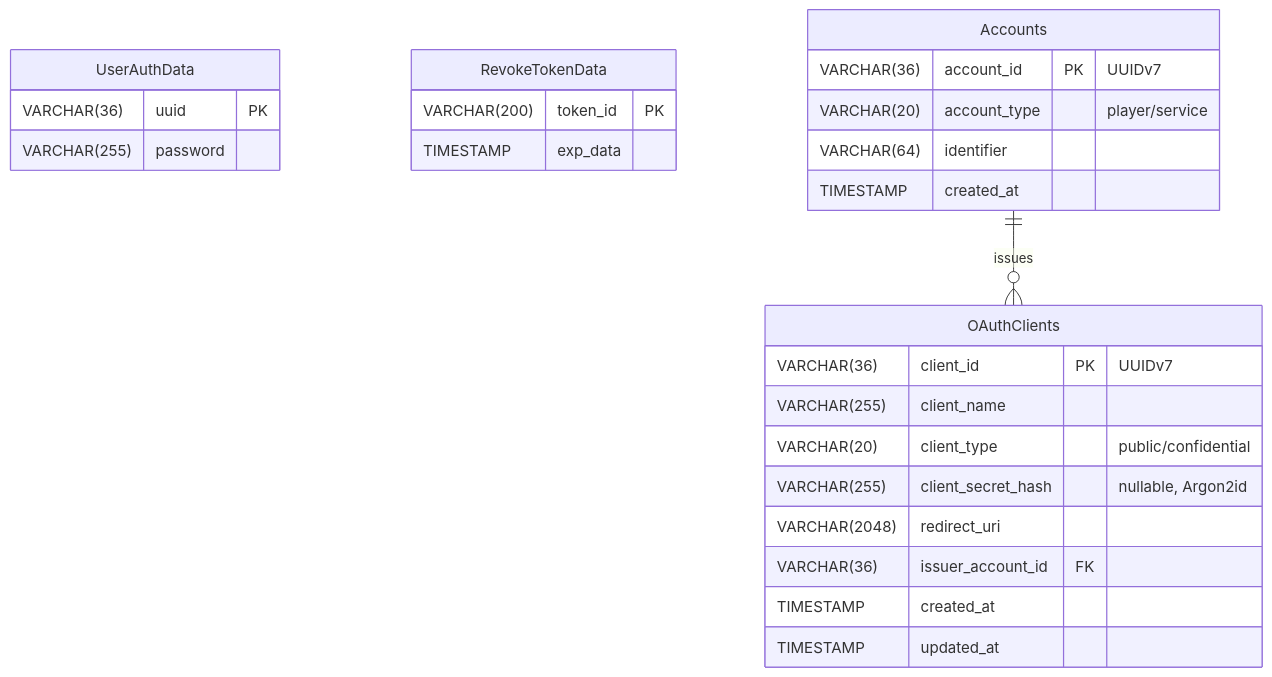
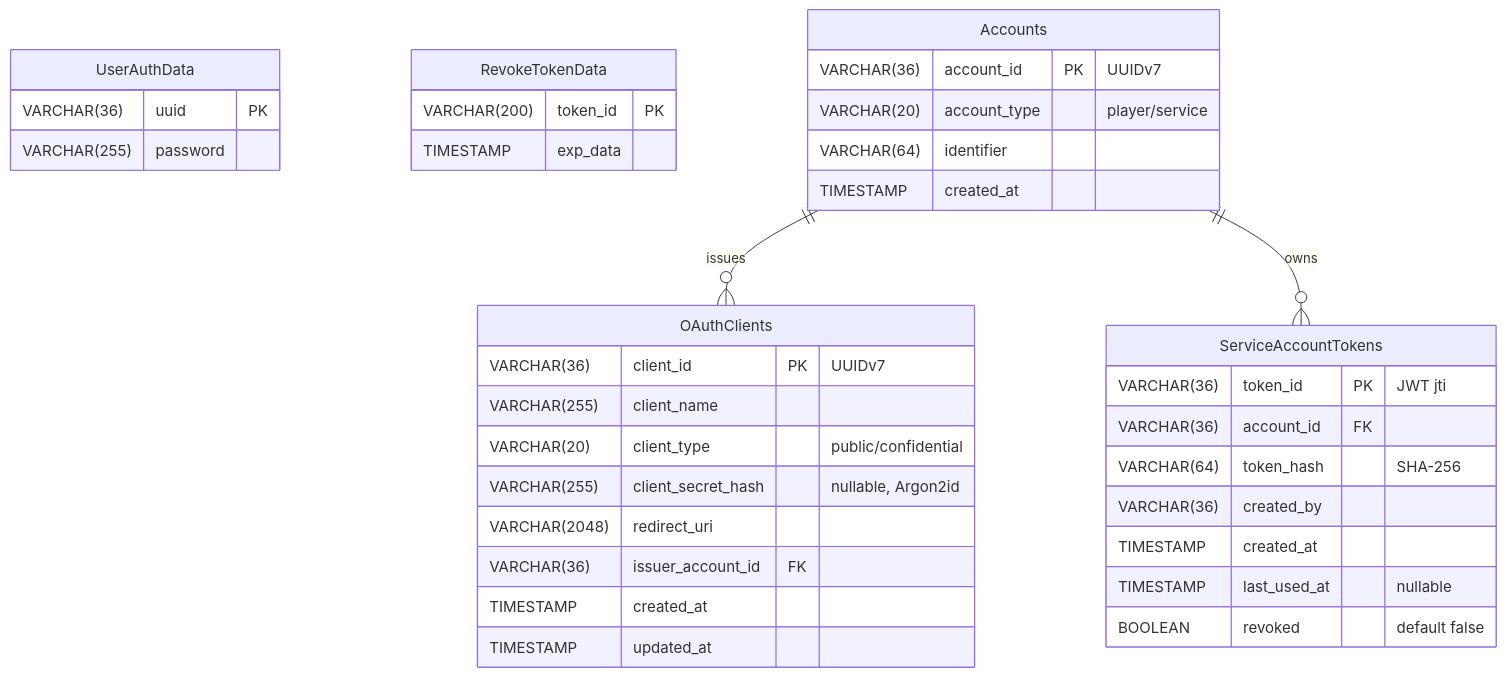
The diagram in docs/content/docs/contributer/record/db.mdx (morinoparty/MineAuth), drawn with Mermaid before and after one commit. The commit also changed other lines of this file and 8 other files, not shown here.

Commit message:
✨ Update API documentation for OpenAPI 3.1.0, add service account token management details, and enhance endpoint descriptions

````diff
--- a/docs/content/docs/contributer/record/db.mdx
+++ b/docs/content/docs/contributer/record/db.mdx
@@ -60,32 +76,43 @@
 ```mermaid
 erDiagram
     UserAuthData {
         VARCHAR(36) uuid PK
         VARCHAR(255) password
     }
 
     RevokeTokenData {
         VARCHAR(200) token_id PK
         TIMESTAMP exp_data
     }
 
     Accounts {
         VARCHAR(36) account_id PK "UUIDv7"
         VARCHAR(20) account_type "player/service"
         VARCHAR(64) identifier
         TIMESTAMP created_at
     }
 
     OAuthClients {
         VARCHAR(36) client_id PK "UUIDv7"
         VARCHAR(255) client_name
         VARCHAR(20) client_type "public/confidential"
         VARCHAR(255) client_secret_hash "nullable, Argon2id"
         VARCHAR(2048) redirect_uri
         VARCHAR(36) issuer_account_id FK
         TIMESTAMP created_at
         TIMESTAMP updated_at
     }
 
+    ServiceAccountTokens {
+        VARCHAR(36) token_id PK "JWT jti"
+        VARCHAR(36) account_id FK
+        VARCHAR(64) token_hash "SHA-256"
+        VARCHAR(36) created_by
+        TIMESTAMP created_at
+        TIMESTAMP last_used_at "nullable"
+        BOOLEAN revoked "default false"
+    }
+
     Accounts ||--o{ OAuthClients : "issues"
+    Accounts ||--o{ ServiceAccountTokens : "owns"
 ```
````
